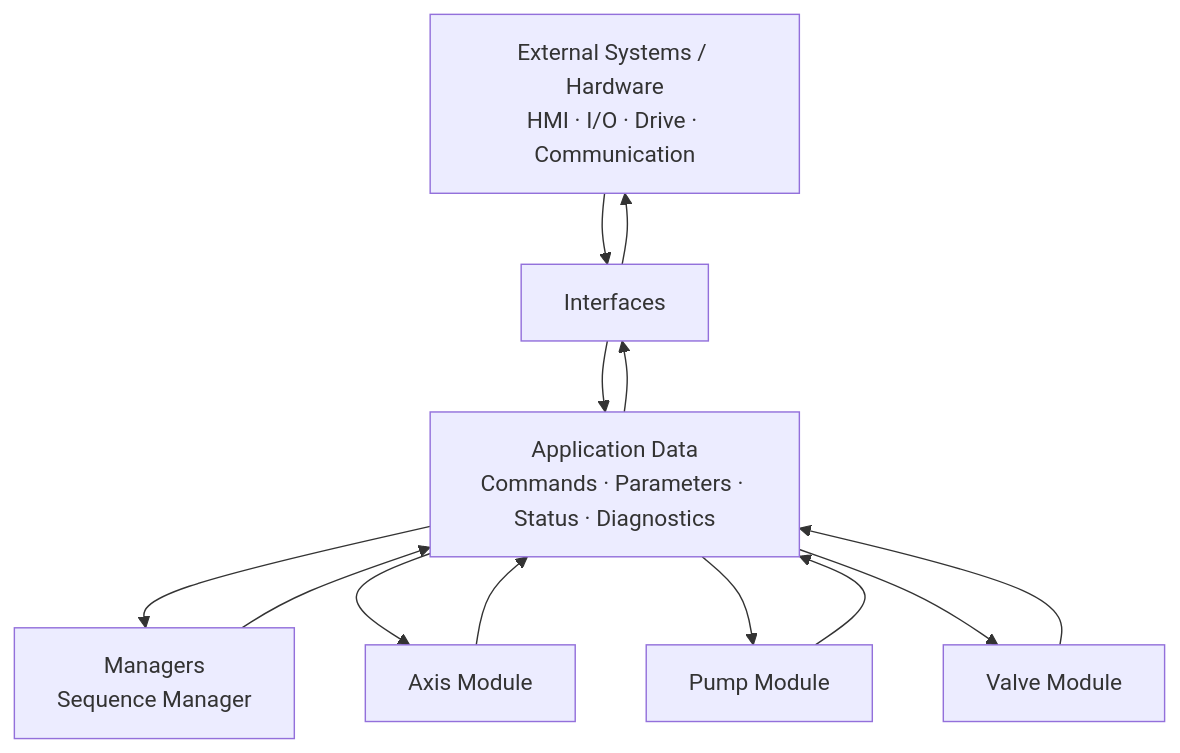
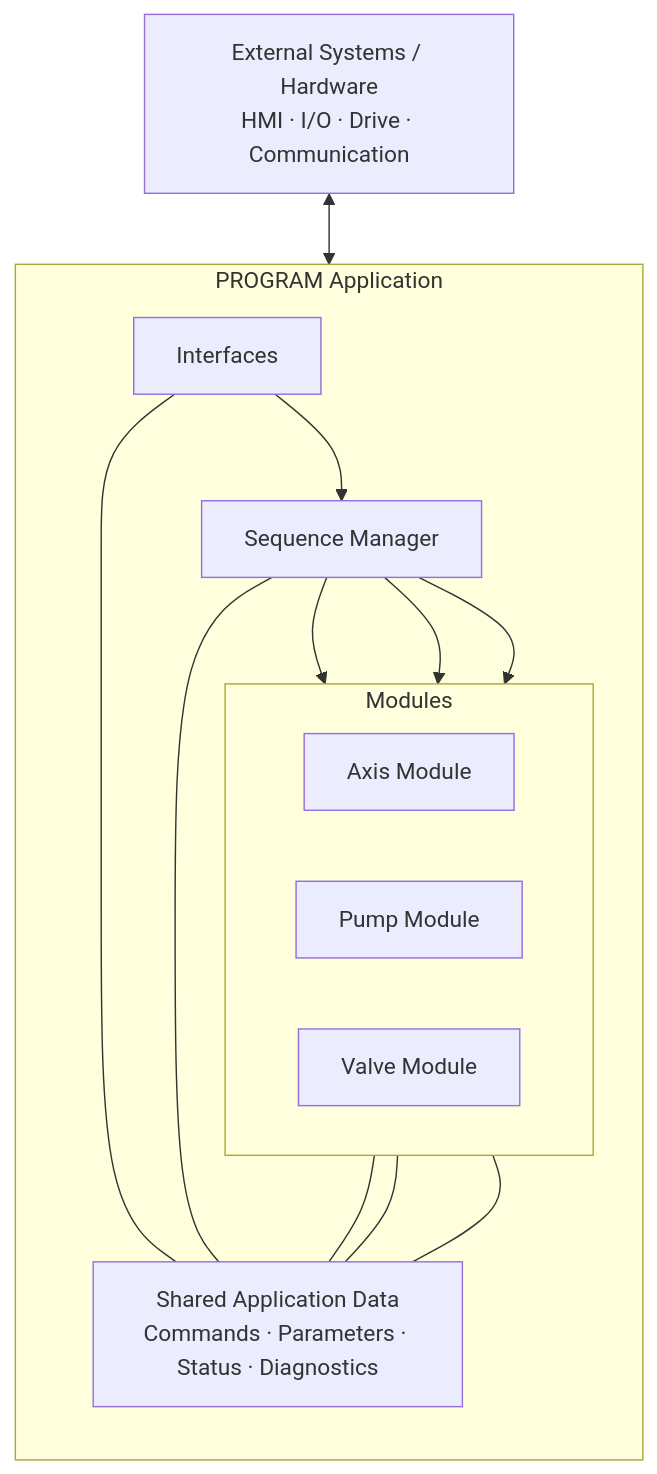
Before and after one commit to RangelovZ/spray-bar-machine-reference: the diagram in diagrams/application_architecture.md, drawn with Mermaid. The commit also changed other lines of this file, not shown here.

Commit message:
Refine application architecture diagram

````diff
--- a/diagrams/application_architecture.md
+++ b/diagrams/application_architecture.md
@@ -5,29 +5,33 @@
 ```mermaid
-flowchart TD
+flowchart TB
     EXT["External Systems / Hardware<br/>HMI · I/O · Drive · Communication"]
 
-    IF["Interfaces"]
-    MGR["Managers<br/>Sequence Manager"]
-    DATA["Application Data<br/>Commands · Parameters · Status · Diagnostics"]
+    subgraph APP["PROGRAM Application"]
+        direction TB
 
-    AXIS["Axis Module"]
-    PUMP["Pump Module"]
-    VALVE["Valve Module"]
+        IF["Interfaces"]
+        MGR["Sequence Manager"]
 
-    EXT --> IF
-    IF --> DATA
+        subgraph MOD["Modules"]
+            direction LR
+            AXIS["Axis Module"]
+            PUMP["Pump Module"]
+            VALVE["Valve Module"]
+        end
 
-    DATA --> MGR
-    MGR --> DATA
+        DATA["Shared Application Data<br/>Commands · Parameters · Status · Diagnostics"]
 
-    DATA --> AXIS
-    DATA --> PUMP
-    DATA --> VALVE
+        IF --> MGR
+        MGR --> AXIS
+        MGR --> PUMP
+        MGR --> VALVE
 
-    AXIS --> DATA
-    PUMP --> DATA
-    VALVE --> DATA
+        IF --- DATA
+        MGR --- DATA
+        AXIS --- DATA
+        PUMP --- DATA
+        VALVE --- DATA
+    end
 
-    DATA --> IF
-    IF --> EXT
+    EXT <--> IF
 ```
````
